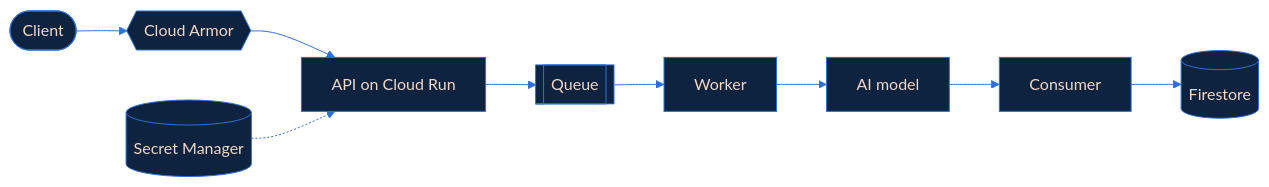
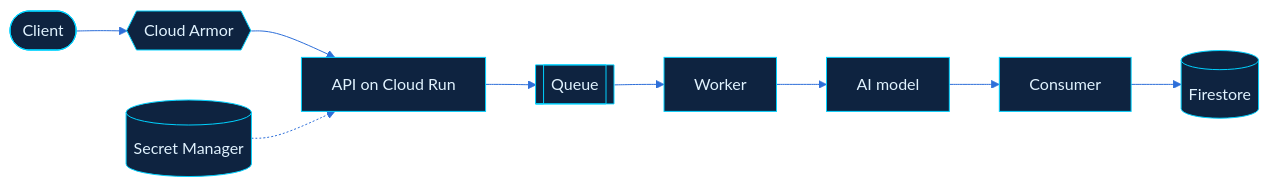
The diagram in README.md (abdelrahman-alqudah/abdelrahman-alqudah), drawn with Mermaid before and after one commit. The commit also changed other lines of this file and 15 other files, not shown here.

Commit message:
Switch all cards and profile graphics to Blue & Cyan palette and place summary cards at top

````diff
--- a/README.md
+++ b/README.md
@@ -51,12 +47,12 @@
 ```mermaid
-%%{init: {'theme':'base','themeVariables':{'primaryColor':'#0E2340','primaryTextColor':'#F3D7C4','primaryBorderColor':'#2E6FD9','lineColor':'#2E6FD9','secondaryColor':'#14213A','tertiaryColor':'#08111F','fontFamily':'ui-sans-serif, system-ui, sans-serif'}}}%%
+%%{init: {'theme':'base','themeVariables':{'primaryColor':'#0E2340','primaryTextColor':'#E0F2FE','primaryBorderColor':'#00D2FF','lineColor':'#2E6FD9','secondaryColor':'#14213A','tertiaryColor':'#08111F','fontFamily':'ui-sans-serif, system-ui, sans-serif'}}}%%
 flowchart LR
     Client([Client]) --> Armor{{Cloud Armor}}
     Armor --> API[API on Cloud Run]
     Secrets[(Secret Manager)] -.-> API
     API --> Queue[[Queue]]
     Queue --> Worker[Worker]
     Worker --> AI[AI model]
     AI --> Consumer[Consumer]
     Consumer --> DB[(Firestore)]
 ```
````
